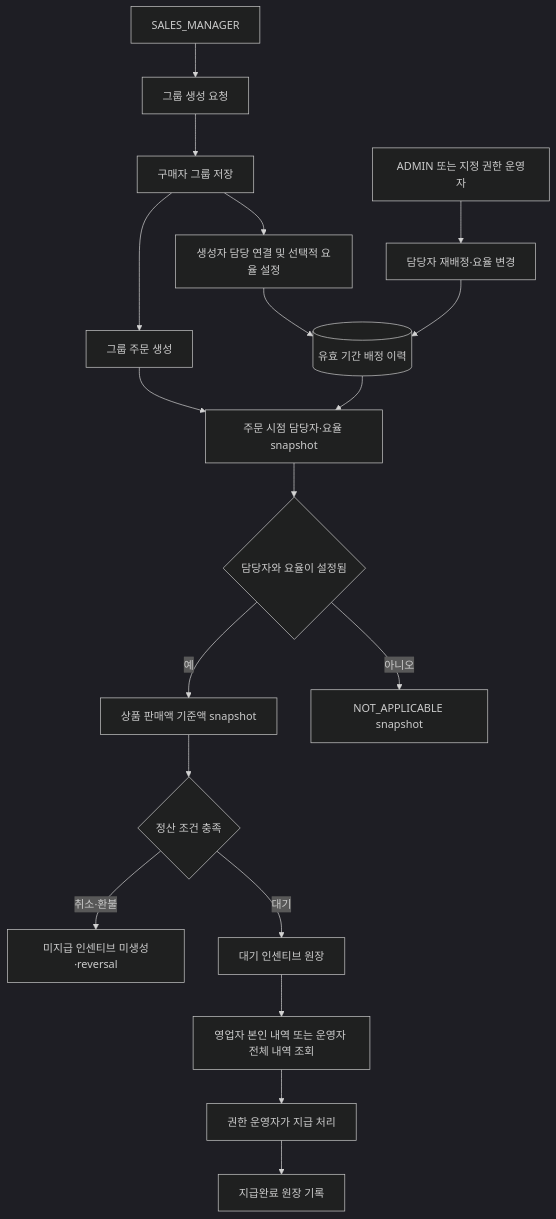
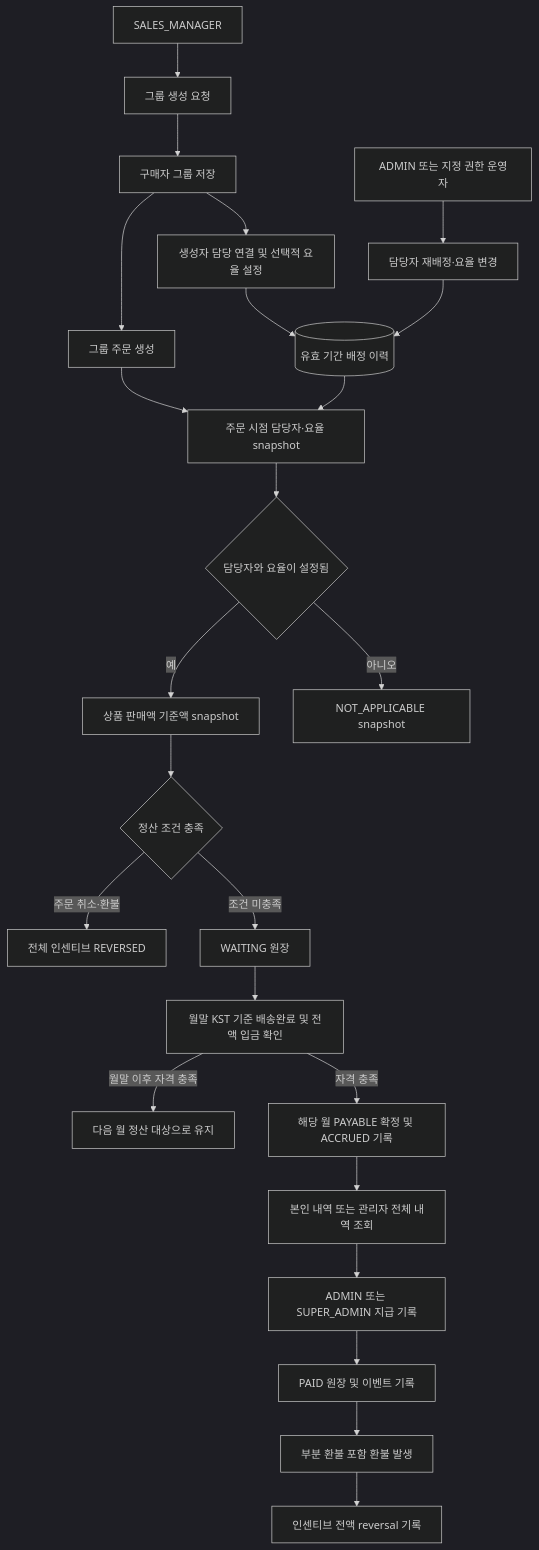
The fifth of 6 diagrams in docs/services/operation.md (DongHyeonEom/umji-market-api), drawn with Mermaid (dark theme) before and after one commit. The commit also changed other lines of this file and 15 other files, not shown here.

````diff
--- a/docs/services/operation.md
+++ b/docs/services/operation.md
@@ -237,21 +237,26 @@
 ```mermaid
 flowchart TD
     SALES[SALES_MANAGER] --> CREATE[그룹 생성 요청]
     CREATE --> GROUP[구매자 그룹 저장]
     GROUP --> ASSIGN[생성자 담당 연결 및 선택적 요율 설정]
     ADMIN[ADMIN 또는 지정 권한 운영자] --> REASSIGN[담당자 재배정·요율 변경]
     ASSIGN --> HISTORY[(유효 기간 배정 이력)]
     REASSIGN --> HISTORY
     GROUP --> ORDER[그룹 주문 생성]
     HISTORY --> SNAPSHOT[주문 시점 담당자·요율 snapshot]
     ORDER --> SNAPSHOT
     SNAPSHOT --> RATE{담당자와 요율이 설정됨}
     RATE -->|아니오| NOCOMMISSION[NOT_APPLICABLE snapshot]
     RATE -->|예| BASE[상품 판매액 기준액 snapshot]
     BASE --> QUALIFY{정산 조건 충족}
-    QUALIFY -->|대기| PENDING[대기 인센티브 원장]
-    QUALIFY -->|취소·환불| REVERSE[미지급 인센티브 미생성·reversal]
-    PENDING --> REVIEW[영업자 본인 내역 또는 운영자 전체 내역 조회]
-    REVIEW --> SETTLE[권한 운영자가 지급 처리]
-    SETTLE --> PAID[지급완료 원장 기록]
+    QUALIFY -->|조건 미충족| PENDING[WAITING 원장]
+    QUALIFY -->|주문 취소·환불| REVERSE[전체 인센티브 REVERSED]
+    PENDING --> CLOSE[월말 KST 기준 배송완료 및 전액 입금 확인]
+    CLOSE -->|자격 충족| PAYABLE[해당 월 PAYABLE 확정 및 ACCRUED 기록]
+    CLOSE -->|월말 이후 자격 충족| NEXT[다음 월 정산 대상으로 유지]
+    PAYABLE --> REVIEW[본인 내역 또는 관리자 전체 내역 조회]
+    REVIEW --> SETTLE[ADMIN 또는 SUPER_ADMIN 지급 기록]
+    SETTLE --> PAID[PAID 원장 및 이벤트 기록]
+    PAID --> REFUND[부분 환불 포함 환불 발생]
+    REFUND --> REVERSAL[인센티브 전액 reversal 기록]
 ```
````
